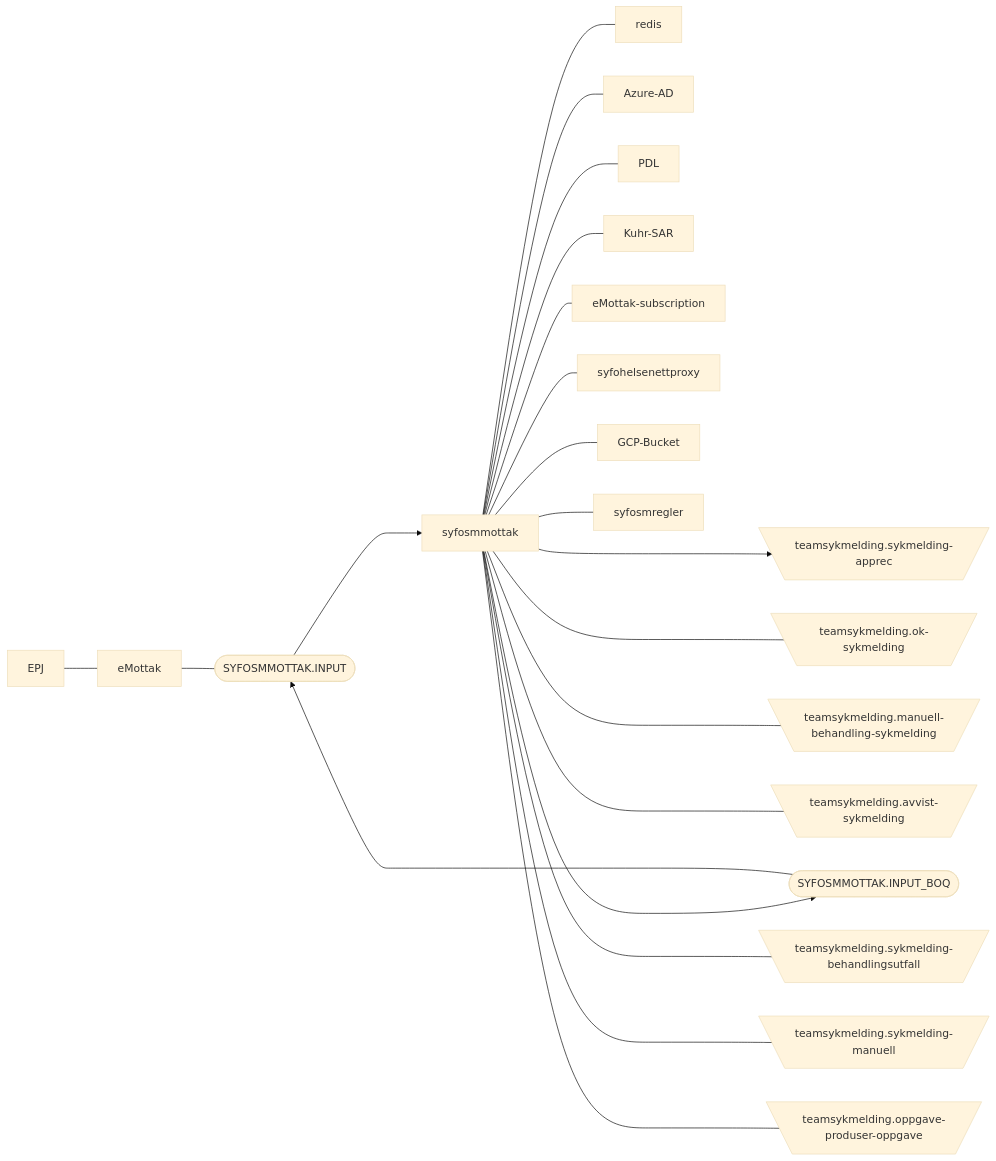
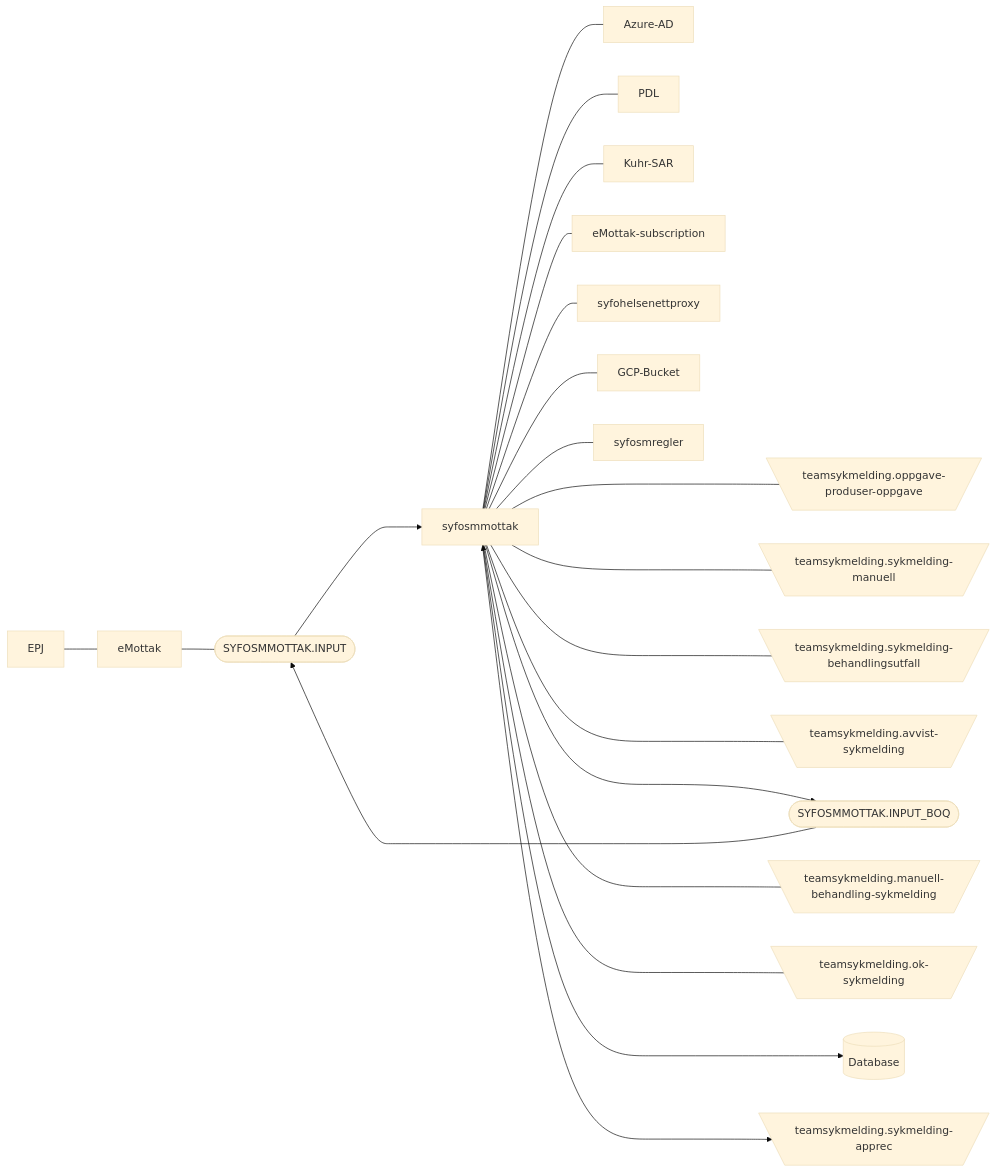
The diagram in README.md (navikt/syfosmmottak), drawn with Mermaid (base theme) before and after one commit. The commit also changed 14 other files, not shown here.

Commit message:
Swaped redis duplicate check with database

````diff
--- a/README.md
+++ b/README.md
@@ -20,24 +20,24 @@
 ```mermaid
   graph LR;
         
       EPJ---eMottak;
       eMottak --- id1([SYFOSMMOTTAK.INPUT]);
       id1([MQ queue: SYFOSMMOTTAK.INPUT]) ---> syfosmmottak;
       syfosmmottak --->  B[\teamsykmelding.sykmelding-apprec/];
       syfosmmottak --->  id2([SYFOSMMOTTAK.INPUT_BOQ]);
       id2([SYFOSMMOTTAK.INPUT_BOQ]) --->  id1([SYFOSMMOTTAK.INPUT]);
-      syfosmmottak --- redis;
+      syfosmmottak <---> id3[(Database)];
       syfosmmottak --- Azure-AD;
       syfosmmottak --- PDL;
       syfosmmottak --- Kuhr-SAR;
       syfosmmottak --- eMottak-subscription;
       syfosmmottak --- syfohelsenettproxy;
       syfosmmottak --- GCP-Bucket;
       syfosmmottak --- syfosmregler;
       syfosmmottak ---- C[\teamsykmelding.ok-sykmelding/];
       syfosmmottak ---- D[\teamsykmelding.manuell-behandling-sykmelding/];
       syfosmmottak ---- E[\teamsykmelding.avvist-sykmelding/];
       syfosmmottak ---- F[\teamsykmelding.sykmelding-behandlingsutfall/];
       syfosmmottak ---- G[\teamsykmelding.sykmelding-manuell/];
       syfosmmottak ---- H[\teamsykmelding.oppgave-produser-oppgave/];
 ```
````
